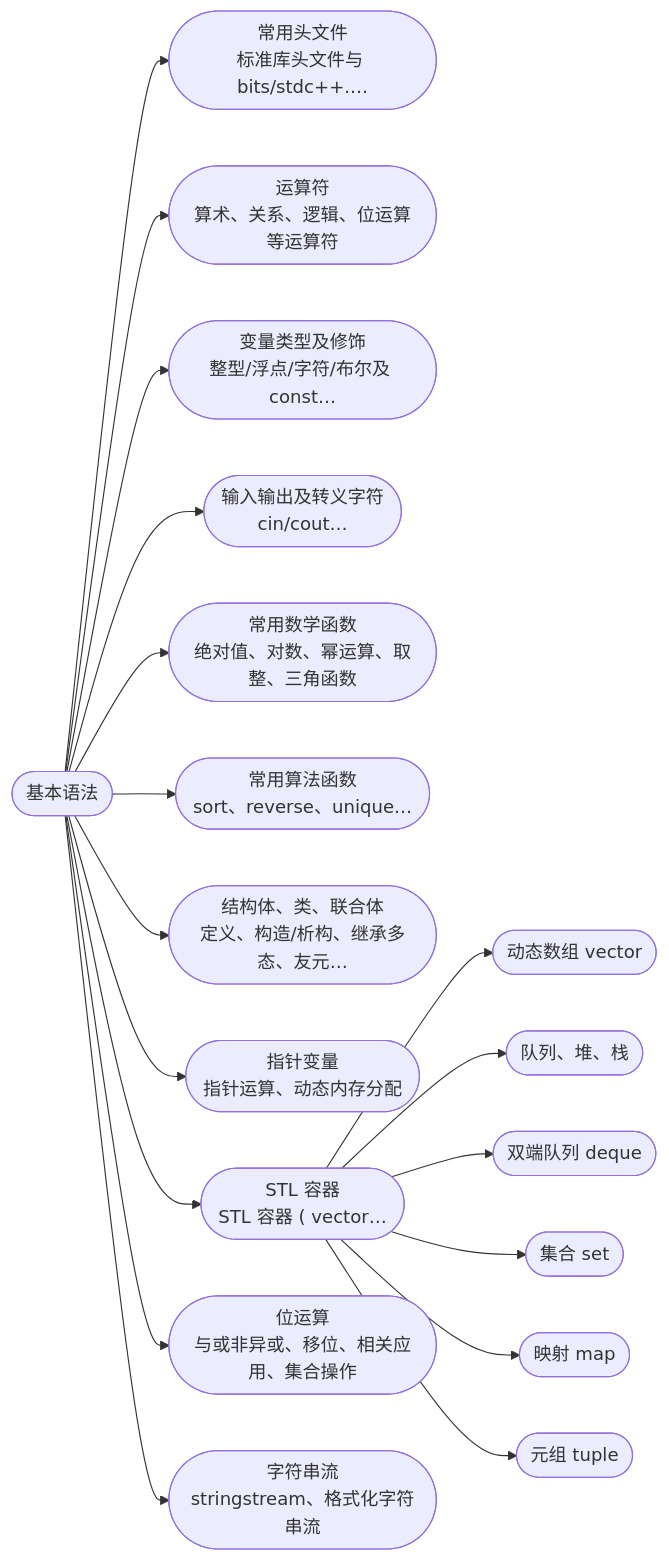
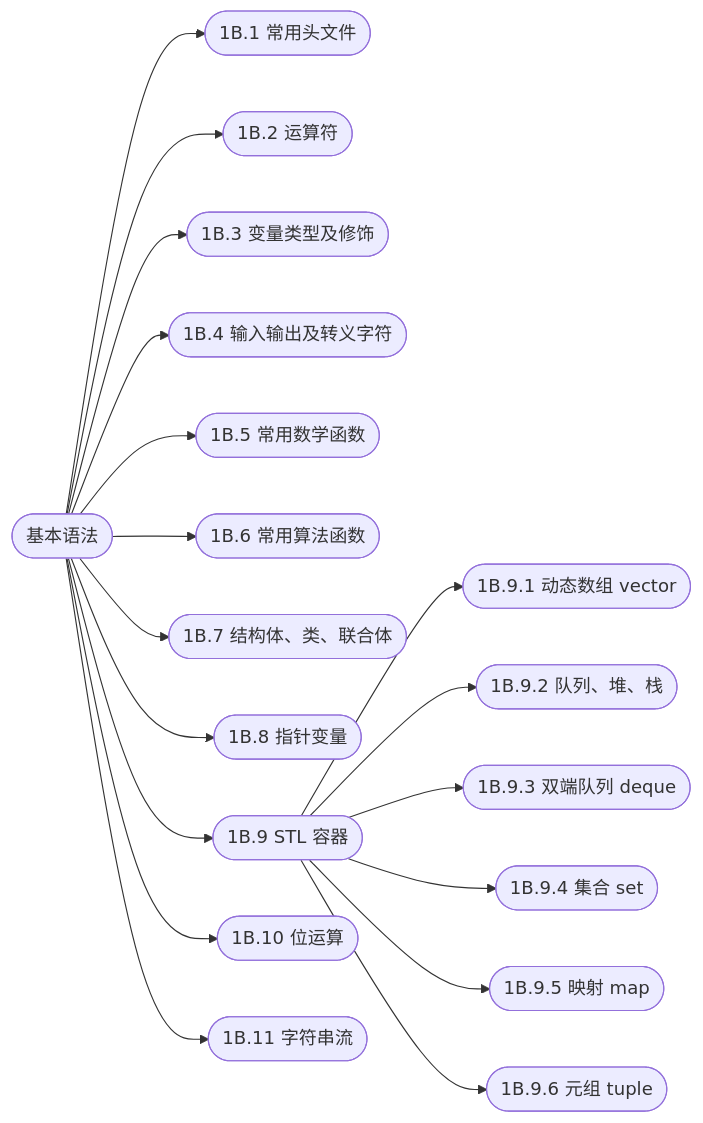
The diagram in 1B-基本语法/index.md (cuberxl/Coders-Note), drawn with Mermaid before and after one commit. The commit also changed other lines of this file and 153 other files, not shown here.

````diff
--- a/1B-基本语法/index.md
+++ b/1B-基本语法/index.md
@@ -33,21 +33,21 @@
 ```mermaid
 flowchart LR
     R(["基本语法"])
-    R --> N1(["常用头文件<br/>标准库头文件与 bits/stdc++.…"])
-    R --> N2(["运算符<br/>算术、关系、逻辑、位运算等运算符"])
-    R --> N3(["变量类型及修饰<br/>整型/浮点/字符/布尔及 const…"])
-    R --> N4(["输入输出及转义字符<br/>cin/cout…"])
-    R --> N5(["常用数学函数<br/>绝对值、对数、幂运算、取整、三角函数"])
-    R --> N6(["常用算法函数<br/>sort、reverse、unique…"])
-    R --> N7(["结构体、类、联合体<br/>定义、构造/析构、继承多态、友元…"])
-    R --> N8(["指针变量<br/>指针运算、动态内存分配"])
-    R --> N9(["STL 容器<br/>STL 容器 ( vector…"])
-    N9 --> N9_1(["动态数组 vector"])
-    N9 --> N9_2(["队列、堆、栈"])
-    N9 --> N9_3(["双端队列 deque"])
-    N9 --> N9_4(["集合 set"])
-    N9 --> N9_5(["映射 map"])
-    N9 --> N9_6(["元组 tuple"])
-    R --> N10(["位运算<br/>与或非异或、移位、相关应用、集合操作"])
-    R --> N11(["字符串流<br/>stringstream、格式化字符串流"])
+    R --> N1(["1B.1 常用头文件"])
+    R --> N2(["1B.2 运算符"])
+    R --> N3(["1B.3 变量类型及修饰"])
+    R --> N4(["1B.4 输入输出及转义字符"])
+    R --> N5(["1B.5 常用数学函数"])
+    R --> N6(["1B.6 常用算法函数"])
+    R --> N7(["1B.7 结构体、类、联合体"])
+    R --> N8(["1B.8 指针变量"])
+    R --> N9(["1B.9 STL 容器"])
+    N9 --> N9_1(["1B.9.1 动态数组 vector"])
+    N9 --> N9_2(["1B.9.2 队列、堆、栈"])
+    N9 --> N9_3(["1B.9.3 双端队列 deque"])
+    N9 --> N9_4(["1B.9.4 集合 set"])
+    N9 --> N9_5(["1B.9.5 映射 map"])
+    N9 --> N9_6(["1B.9.6 元组 tuple"])
+    R --> N10(["1B.10 位运算"])
+    R --> N11(["1B.11 字符串流"])
 ```
````
